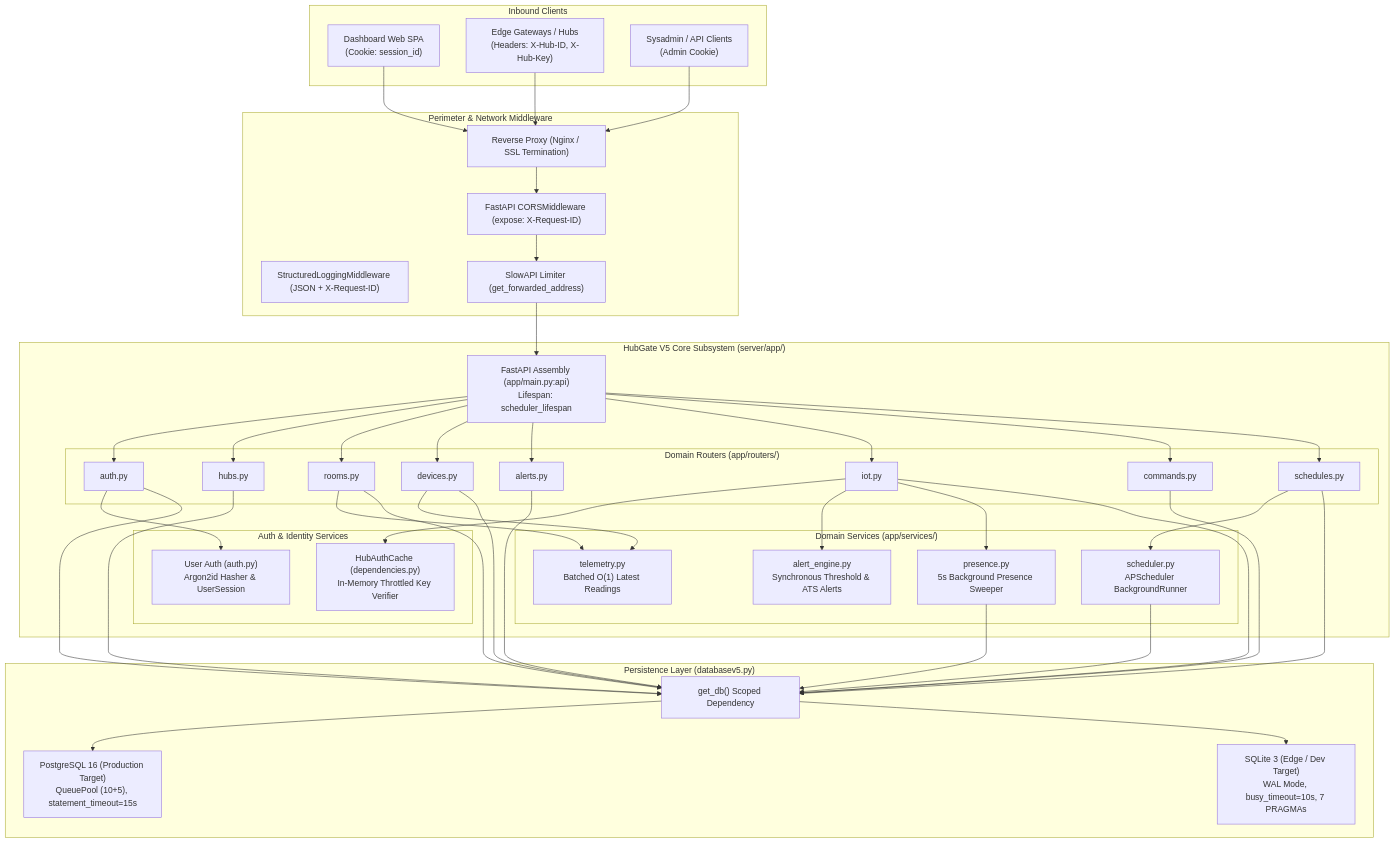
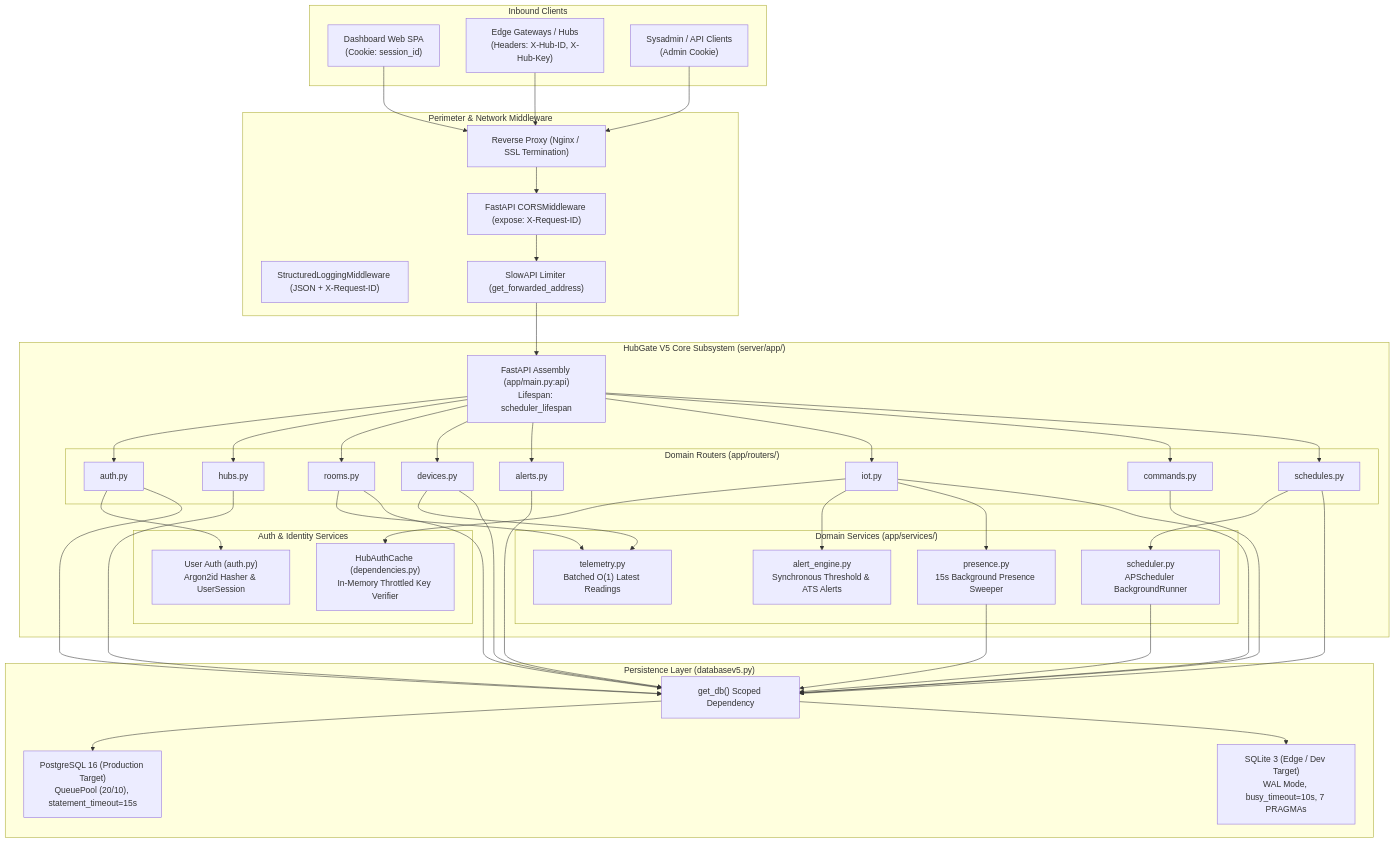
Before and after one commit to mochmizan/proyek-monitoring-dtedi: the first of 2 diagrams in wiki/entity-hubgate-v5.md, drawn with Mermaid. The commit also changed other lines of this file and 34 other files, not shown here.

```diff
--- a/wiki/entity-hubgate-v5.md
+++ b/wiki/entity-hubgate-v5.md
@@ -46,7 +46,7 @@
 
         subgraph "Domain Services (app/services/)"
             AlertEng["alert_engine.py<br/>Synchronous Threshold & ATS Alerts"]
-            PresenceEng["presence.py<br/>5s Background Presence Sweeper"]
+            PresenceEng["presence.py<br/>15s Background Presence Sweeper"]
             SchedEng["scheduler.py<br/>APScheduler BackgroundRunner"]
             TelemSvc["telemetry.py<br/>Batched O(1) Latest Readings"]
         end
@@ -54,7 +54,7 @@
 
     subgraph "Persistence Layer (databasev5.py)"
         SessionDep["get_db() Scoped Dependency"]
-        PG["PostgreSQL 16 (Production Target)<br/>QueuePool (10+5), statement_timeout=15s"]
+        PG["PostgreSQL 16 (Production Target)<br/>QueuePool (20/10), statement_timeout=15s"]
         SQLite["SQLite 3 (Edge / Dev Target)<br/>WAL Mode, busy_timeout=10s, 7 PRAGMAs"]
     end
 
```
